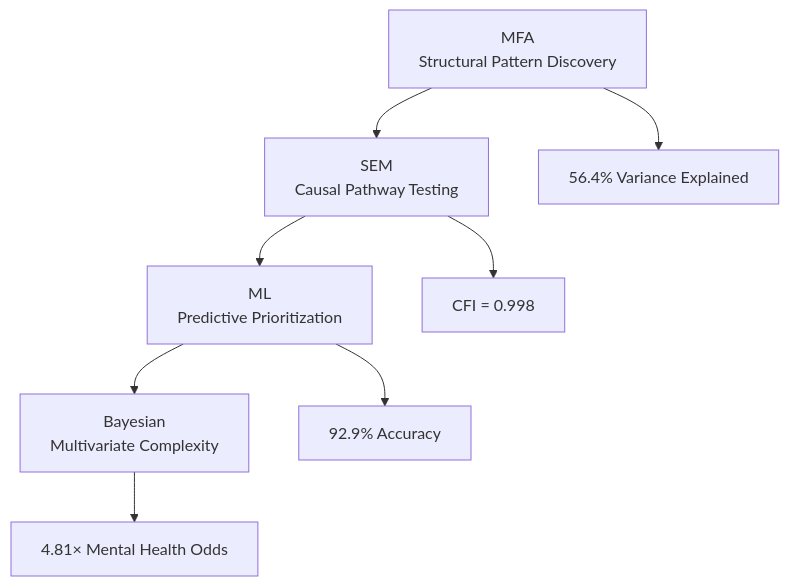
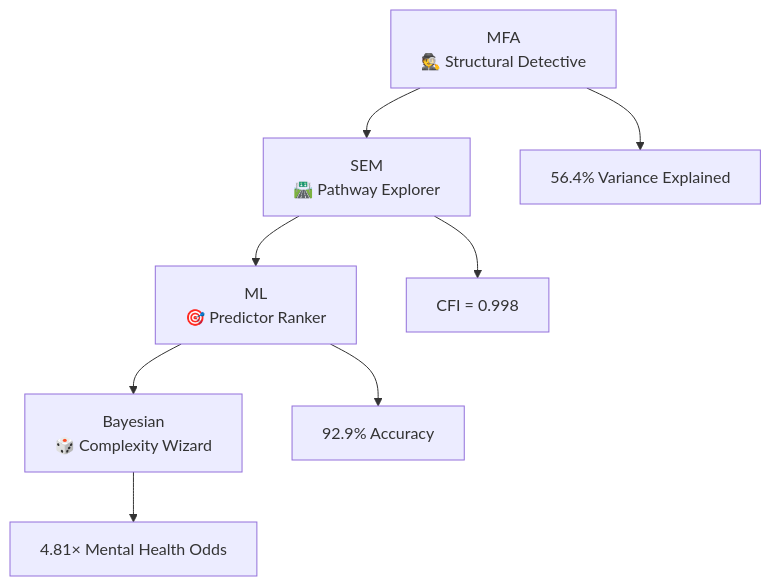
Before and after one commit to panpen-tim/indigenous-health-disparities-analysis: the diagram in README.md, drawn with Mermaid. The commit also changed other lines of this file, not shown here.

````diff
--- a/README.md
+++ b/README.md
@@ -24,10 +18,11 @@
 ```mermaid
 graph TD
-    A[MFA<br>Structural Pattern Discovery] --> B[SEM<br>Causal Pathway Testing];
-    B --> C[ML<br>Predictive Prioritization];
-    C --> D[Bayesian<br>Multivariate Complexity];
+    A[MFA<br>🕵️ Structural Detective] --> B[SEM<br>🛣️ Pathway Explorer];
+    B --> C[ML<br>🎯 Predictor Ranker];
+    C --> D[Bayesian<br>🎲 Complexity Wizard];
+    
     A --> E[56.4% Variance Explained];
     B --> F[CFI = 0.998];
     C --> G[92.9% Accuracy];
     D --> H[4.81× Mental Health Odds];
 ```
````
